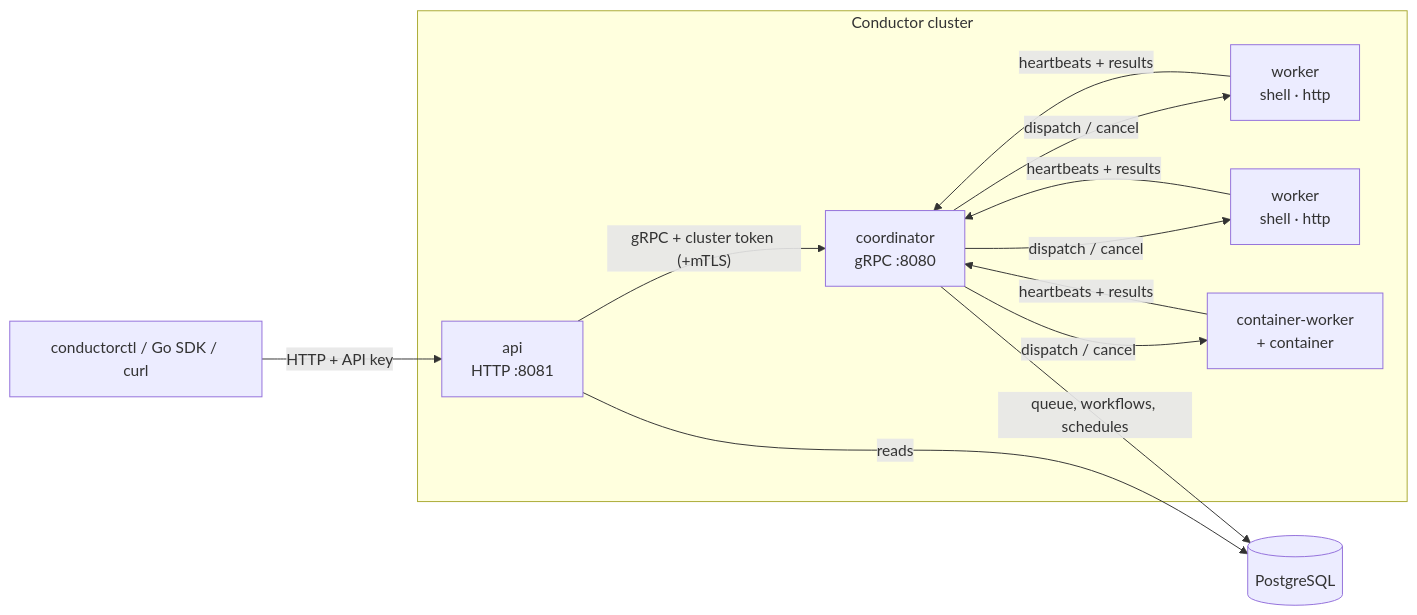
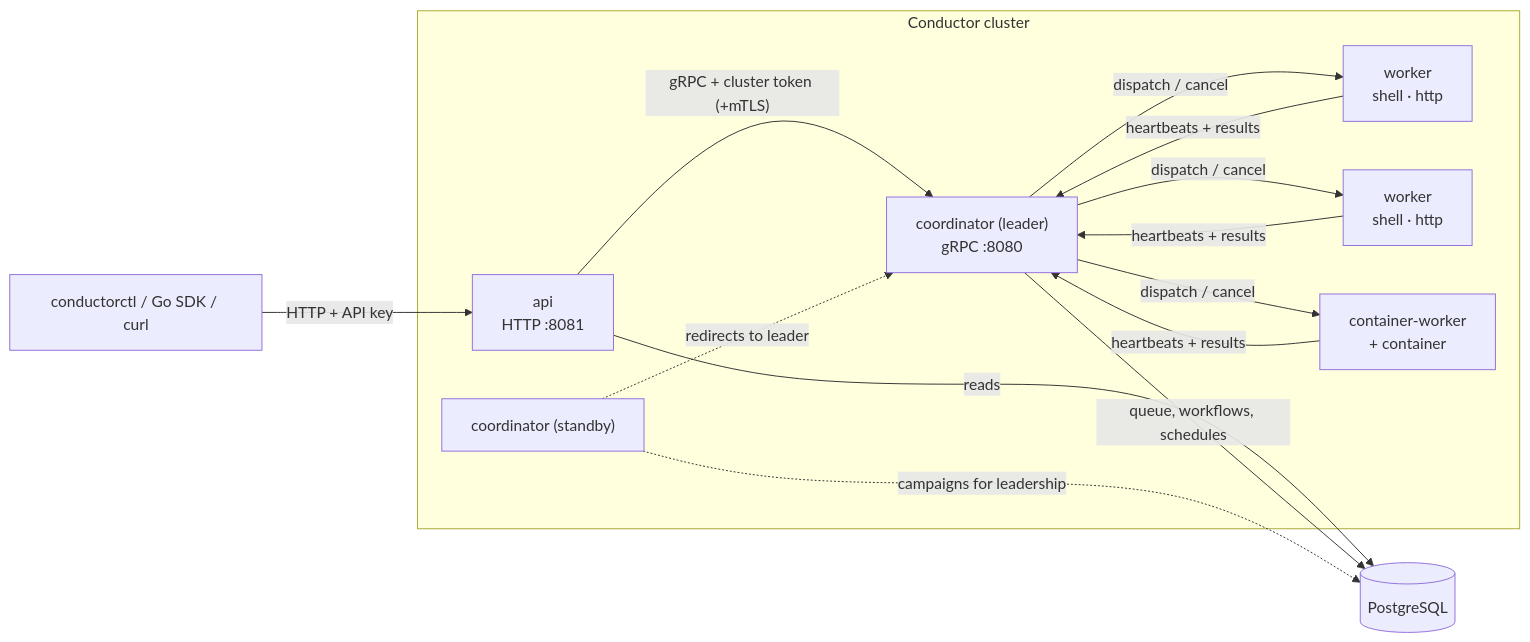
One commit to ChinmayNoob/conductor changed the first of 2 diagrams in README.md. Above: the diagram before and after it, drawn with Mermaid. The commit also changed other lines of this file and 7 other files, not shown here.

````diff
--- a/README.md
+++ b/README.md
@@ -19,13 +19,15 @@
 ```mermaid
 flowchart LR
     CLI["conductorctl / Go SDK / curl"] -- "HTTP + API key" --> API
     subgraph cluster [Conductor cluster]
-        API["api<br/>HTTP :8081"] -- "gRPC + cluster token (+mTLS)" --> COORD["coordinator<br/>gRPC :8080"]
+        API["api<br/>HTTP :8081"] -- "gRPC + cluster token (+mTLS)" --> COORD["coordinator (leader)<br/>gRPC :8080"]
+        STANDBY["coordinator (standby)"] -. "redirects to leader" .-> COORD
         COORD -- "dispatch / cancel" --> W1["worker<br/>shell · http"]
         COORD -- "dispatch / cancel" --> W2["worker<br/>shell · http"]
         COORD -- "dispatch / cancel" --> W3["container-worker<br/>+ container"]
         W1 & W2 & W3 -- "heartbeats + results" --> COORD
     end
     API -- "reads" --> PG[("PostgreSQL")]
     COORD -- "queue, workflows, schedules" --> PG
+    STANDBY -. "campaigns for leadership" .-> PG
 ```
````
